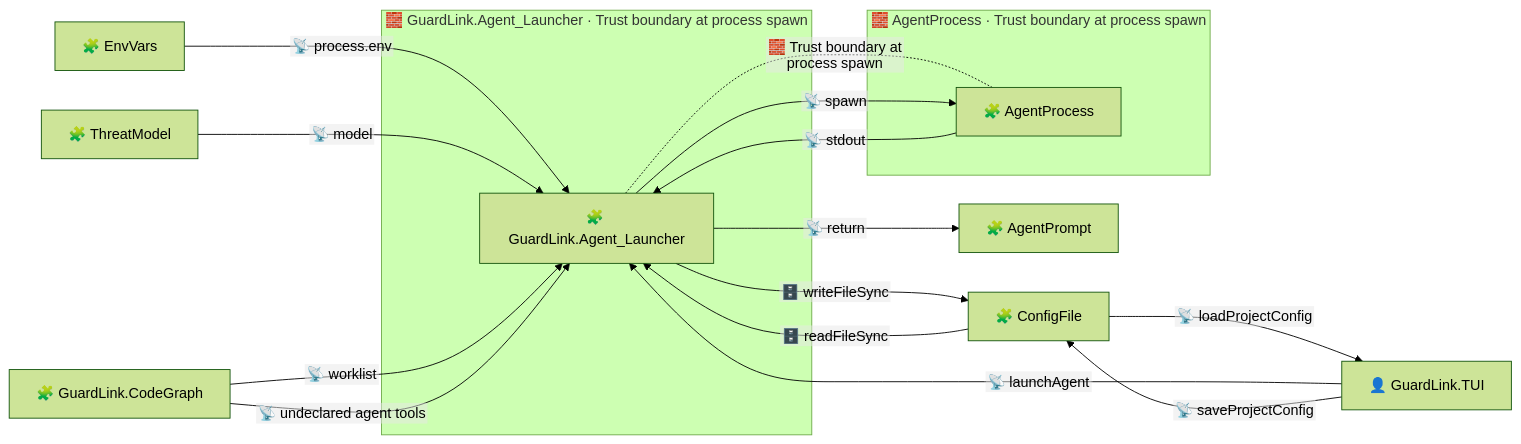
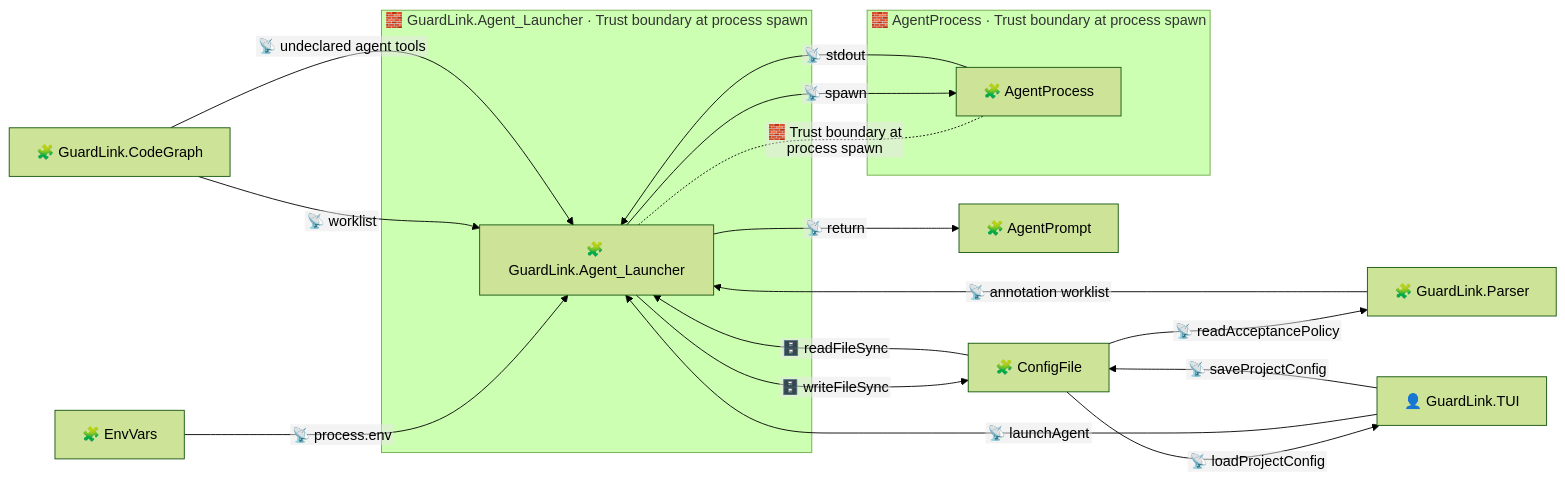
One commit to Bugb-Technologies/guardlink changed the diagram in .guardlink/graph/by-asset/agent-launcher.flows.mmd. Above: the diagram before and after it, drawn with Mermaid (forest theme). The commit also changed 83 other files, not shown here.

```diff
--- a/.guardlink/graph/by-asset/agent-launcher.flows.mmd
+++ b/.guardlink/graph/by-asset/agent-launcher.flows.mmd
@@ -1,38 +1,39 @@
 %% GENERATED FILE — do not edit. Regenerate with: guardlink artifacts .
 %% artifact:        by-asset/agent-launcher.flows.mmd
-%% scope:           PARTIAL — #agent-launcher and its flow neighbourhood, grown until the drawing stopped fitting — 21 neighbour(s) one hop out are not shown
-%% annotation_hash: sha256-v3:5d3b189e1c85cc17b0288df470b377a469e9d70db8d925501adb777986413395
+%% scope:           PARTIAL — #agent-launcher and its flow neighbourhood, grown until the drawing stopped fitting — 29 neighbour(s) one hop out are not shown
+%% annotation_hash: sha256-v3:0ed75b716b292740184b8b0ea0c3b0adf2d12b1af2e7ace1459629428ae51e9b
 %% generator:       guardlink@2.4.0
 %% ---
 %% This diagram is derived from the annotations in this repository. If
 %% annotation_hash above differs from what `guardlink status .` reports, the
 %% diagram is STALE — regenerate rather than trusting it.
 %% When it was generated and at which commit: ask git. Those move for reasons
 %% unrelated to the diagram, so they are reported at emission time, not stored.
 %%{init: {"flowchart": {"nodeSpacing": 44, "rankSpacing": 58, "curve": "basis", "htmlLabels": false}}}%%
 graph LR
   subgraph Z0["🧱 GuardLink.Agent_Launcher · Trust boundary at process spawn"]
     agent_launcher["🧩 GuardLink.Agent_Launcher"]
   end
   subgraph Z1["🧱 AgentProcess · Trust boundary at process spawn"]
     agentprocess["🧩 AgentProcess"]
   end
   envvars["🧩 EnvVars"]
   configfile["🧩 ConfigFile"]
-  threatmodel["🧩 ThreatModel"]
   agentprompt["🧩 AgentPrompt"]
+  parser["🧩 GuardLink.Parser"]
   codegraph["🧩 GuardLink.CodeGraph"]
   tui["👤 GuardLink.TUI"]
   agent_launcher -.-|🧱 Trust boundary at process spawn| agentprocess
   envvars -- "📡 process.env" --> agent_launcher
   configfile -- "🗄️ readFileSync" --> agent_launcher
   agent_launcher -- "🗄️ writeFileSync" --> configfile
   agent_launcher -- "📡 spawn" --> agentprocess
   agentprocess -- "📡 stdout" --> agent_launcher
-  threatmodel -- "📡 model" --> agent_launcher
   agent_launcher -- "📡 return" --> agentprompt
+  parser -- "📡 annotation worklist" --> agent_launcher
   codegraph -- "📡 worklist" --> agent_launcher
   codegraph -- "📡 undeclared agent tools" --> agent_launcher
+  configfile -- "📡 readAcceptancePolicy" --> parser
   tui -- "📡 launchAgent" --> agent_launcher
   configfile -- "📡 loadProjectConfig" --> tui
   tui -- "📡 saveProjectConfig" --> configfile
```
